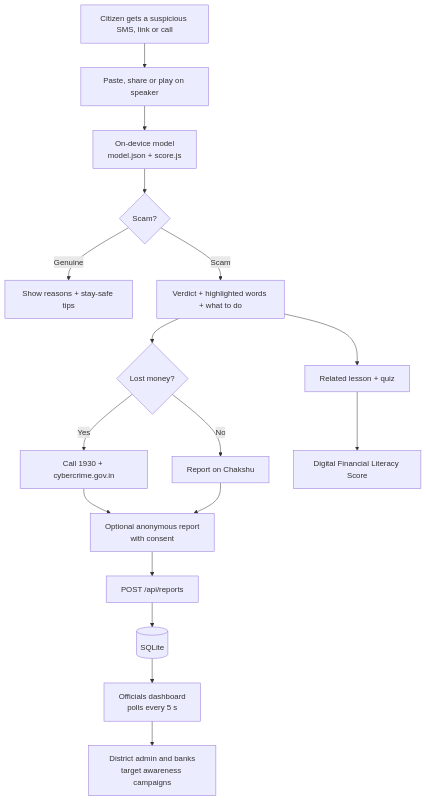
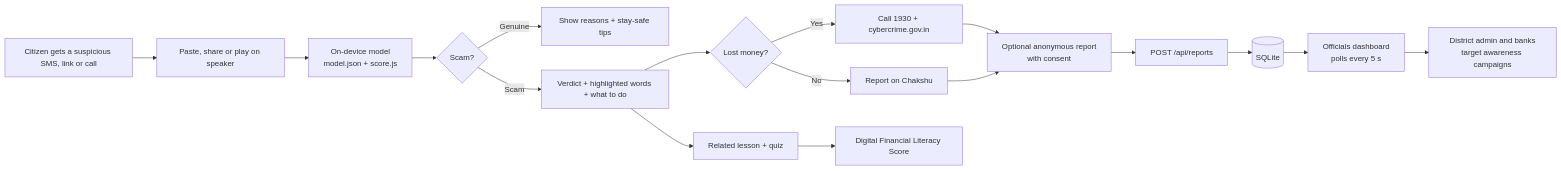
Before and after one commit to Prashant-ARKM/SACHET: the first of 2 diagrams in README.md, drawn with Mermaid. The commit also changed other lines of this file, not shown here.

Commit message:
README: horizontal diagrams

````diff
--- a/README.md
+++ b/README.md
@@ -84,19 +84,19 @@
 ```mermaid
-flowchart TD
+flowchart LR
   A[Citizen gets a suspicious SMS, link or call] --> B[Paste, share or play on speaker]
   B --> C[On-device model<br/>model.json + score.js]
   C --> D{Scam?}
   D -- Genuine --> E[Show reasons + stay-safe tips]
   D -- Scam --> F[Verdict + highlighted words + what to do]
   F --> G{Lost money?}
   G -- Yes --> H[Call 1930 + cybercrime.gov.in]
   G -- No --> I[Report on Chakshu]
   H --> J[Optional anonymous report<br/>with consent]
   I --> J
   J --> K[POST /api/reports]
   K --> L[(SQLite)]
   L --> M[Officials dashboard<br/>polls every 5 s]
   M --> N[District admin and banks<br/>target awareness campaigns]
   F --> O[Related lesson + quiz]
   O --> P[Digital Financial Literacy Score]
 ```
````
